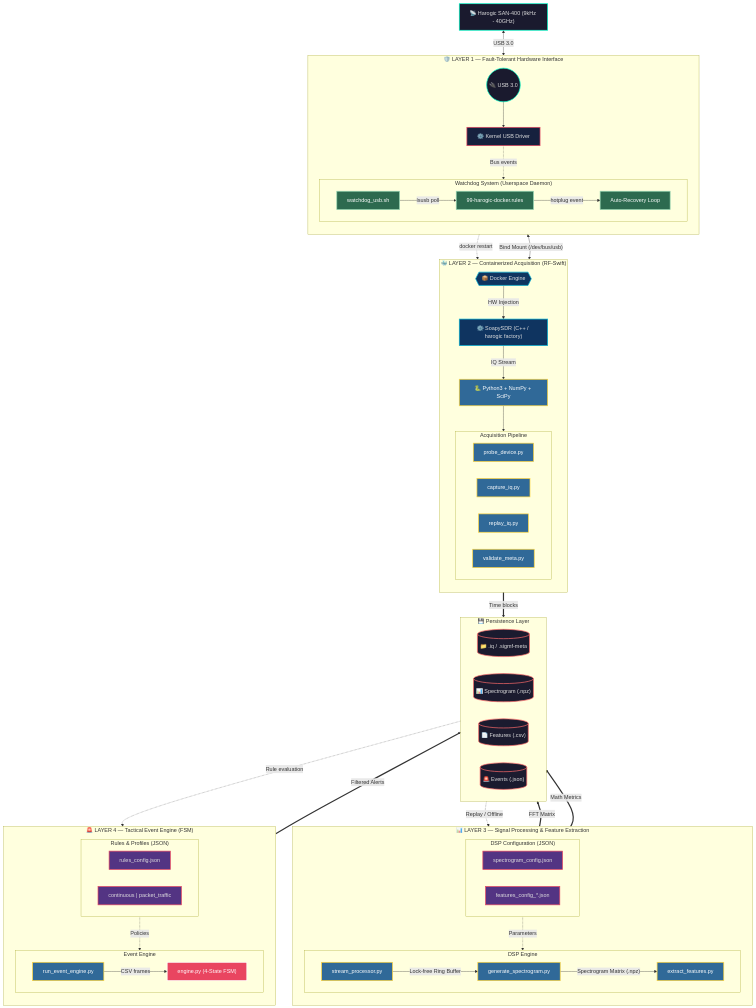
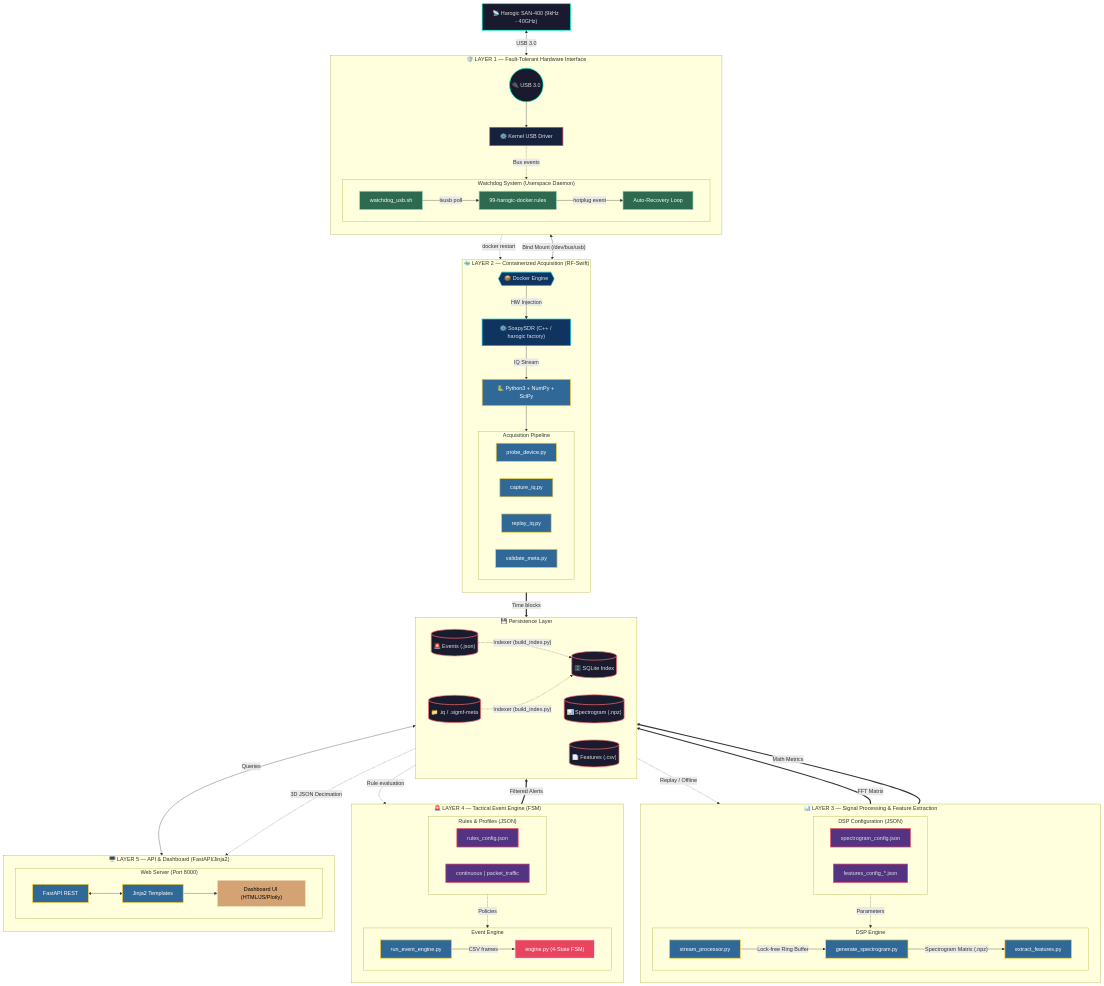
One commit to dielectronico314/Spectre-Horizon changed the diagram in README.md. Above: the diagram before and after it, drawn with Mermaid. The commit also changed other lines of this file, not shown here.

Commit message:
docs: update architecture diagram and roadmap for Day 17 API and Dashboard

````diff
--- a/README.md
+++ b/README.md
@@ -86,6 +86,7 @@
     classDef storage fill:#1b1b2f,stroke:#ff6b6b,stroke-width:2px,color:#e0e0e0
     classDef alert fill:#e94560,stroke:#ffffff,stroke-width:2px,color:#fff
     classDef bash fill:#2d6a4f,stroke:#95d5b2,stroke-width:2px,color:#fff
+    classDef web fill:#d4a373,stroke:#faedcd,stroke-width:2px,color:#000
 
     SENSOR["📡 Harogic SAN-400 (9kHz - 40GHz)"]:::hardware
 
@@ -166,12 +167,25 @@
         RULES -.->|"Policies"| ENGINE
     end
 
+    subgraph LAYER5["🖥️ LAYER 5 — API & Dashboard (FastAPI/Jinja2)"]
+        direction TB
+        subgraph WEB["Web Server (Port 8000)"]
+            direction LR
+            API["FastAPI REST"]:::python
+            JINJA["Jinja2 Templates"]:::python
+            DASH["Dashboard UI (HTML/JS/Plotly)"]:::web
+            API <--> JINJA
+            JINJA --> DASH
+        end
+    end
+
     subgraph PERSISTENCE["💾 Persistence Layer"]
         direction LR
         RAW[("📁 .iq / .sigmf-meta")]:::storage
         NPZ[("📊 Spectrogram (.npz)")]:::storage
         CSV[("📄 Features (.csv)")]:::storage
         EVENTS[("🚨 Events (.json)")]:::storage
+        SQLITE[("🗄️ SQLite Index")]:::storage
     end
 
     SENSOR <-->|"USB 3.0"| LAYER1
@@ -183,4 +197,8 @@
     SPECTRO ==>|"FFT Matrix"| NPZ
     CSV -.->|"Rule evaluation"| ENGINE
     FSM ==>|"Filtered Alerts"| EVENTS
+    EVENTS -.->|"Indexer (build_index.py)"| SQLITE
+    RAW -.->|"Indexer (build_index.py)"| SQLITE
+    SQLITE <-->|"Queries"| API
+    NPZ -.->|"3D JSON Decimation"| API
 ```
````
